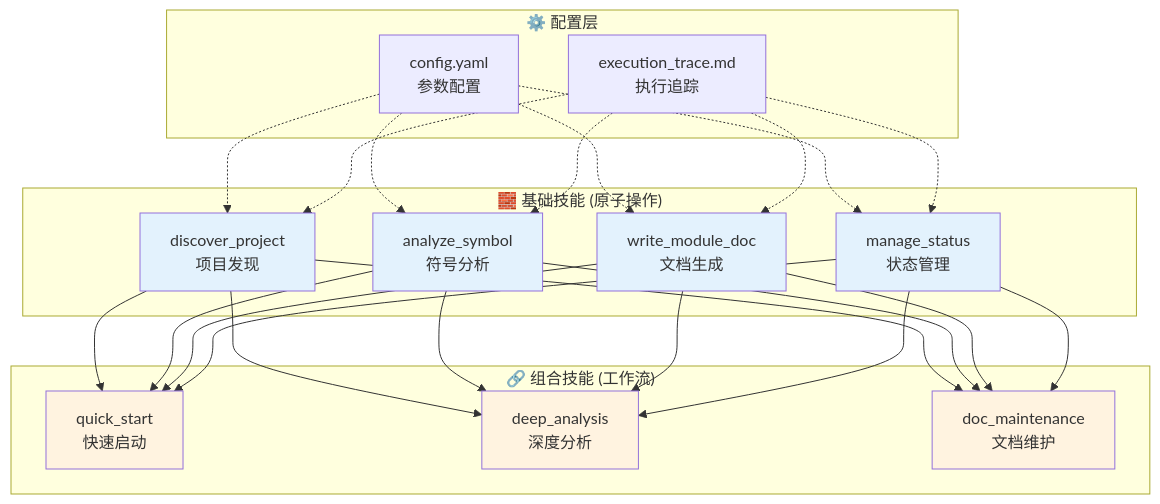
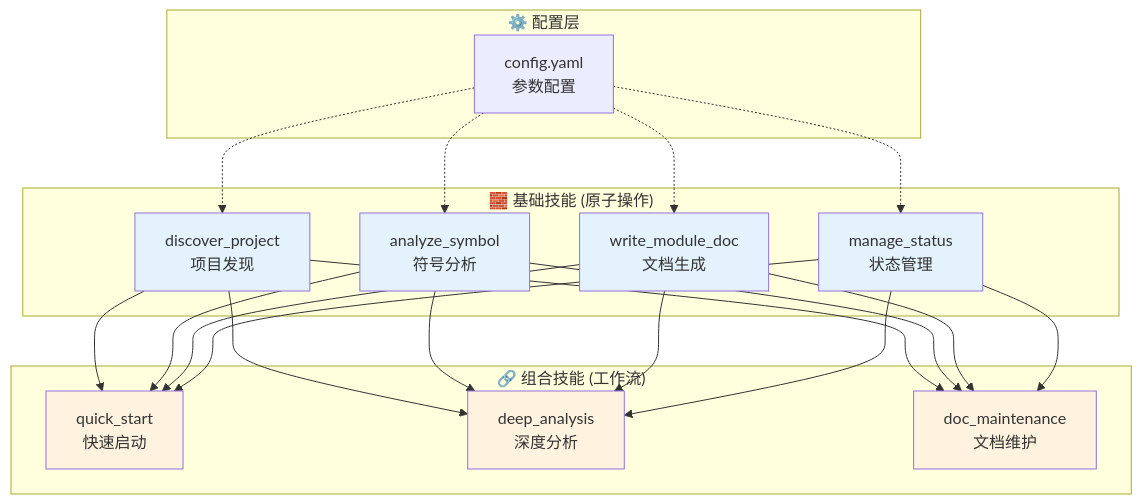
The second of 2 diagrams in README.zh-CN.md (Baixu22/project-learning-guide), drawn with Mermaid before and after one commit. The commit also changed other lines of this file and 12 other files, not shown here.

````diff
--- a/README.zh-CN.md
+++ b/README.zh-CN.md
@@ -52,32 +50,30 @@
 ```mermaid
 flowchart TB
   subgraph Base_Skills["🧱 基础技能 (原子操作)"]
     B1["discover_project<br/>项目发现"]
     B2["analyze_symbol<br/>符号分析"]
     B3["write_module_doc<br/>文档生成"]
     B4["manage_status<br/>状态管理"]
   end
 
   subgraph Composite_Skills["🔗 组合技能 (工作流)"]
     C1["quick_start<br/>快速启动"]
     C2["deep_analysis<br/>深度分析"]
     C3["doc_maintenance<br/>文档维护"]
   end
 
   subgraph Config["⚙️ 配置层"]
     CF["config.yaml<br/>参数配置"]
-    ET["execution_trace.md<br/>执行追踪"]
   end
 
   B1 & B2 & B3 & B4 --> C1 & C2 & C3
   CF -.-> B1 & B2 & B3 & B4
-  ET -.-> B1 & B2 & B3 & B4
 
   style B1 fill:#e3f2fd
   style B2 fill:#e3f2fd
   style B3 fill:#e3f2fd
   style B4 fill:#e3f2fd
   style C1 fill:#fff3e0
   style C2 fill:#fff3e0
   style C3 fill:#fff3e0
 ```
````
